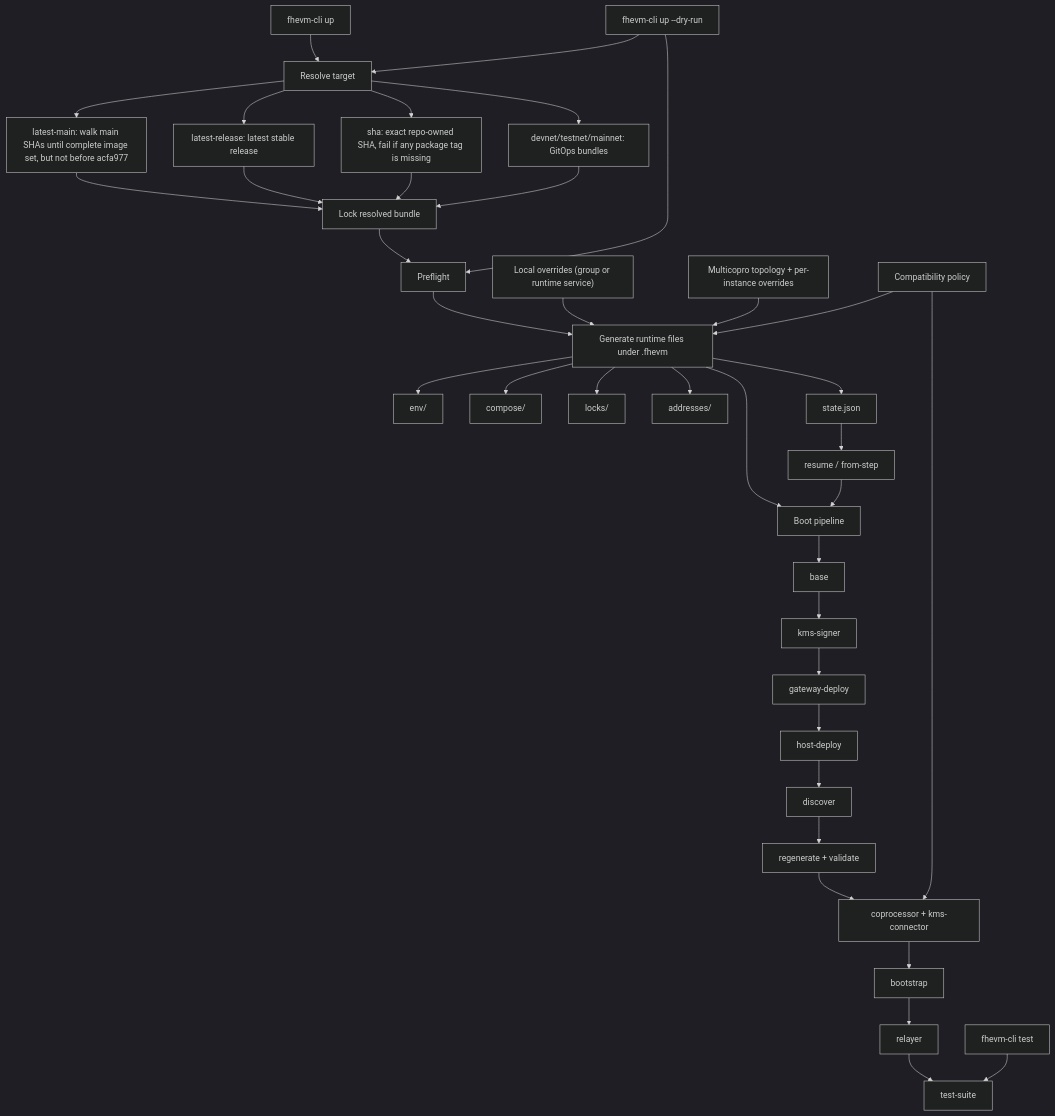
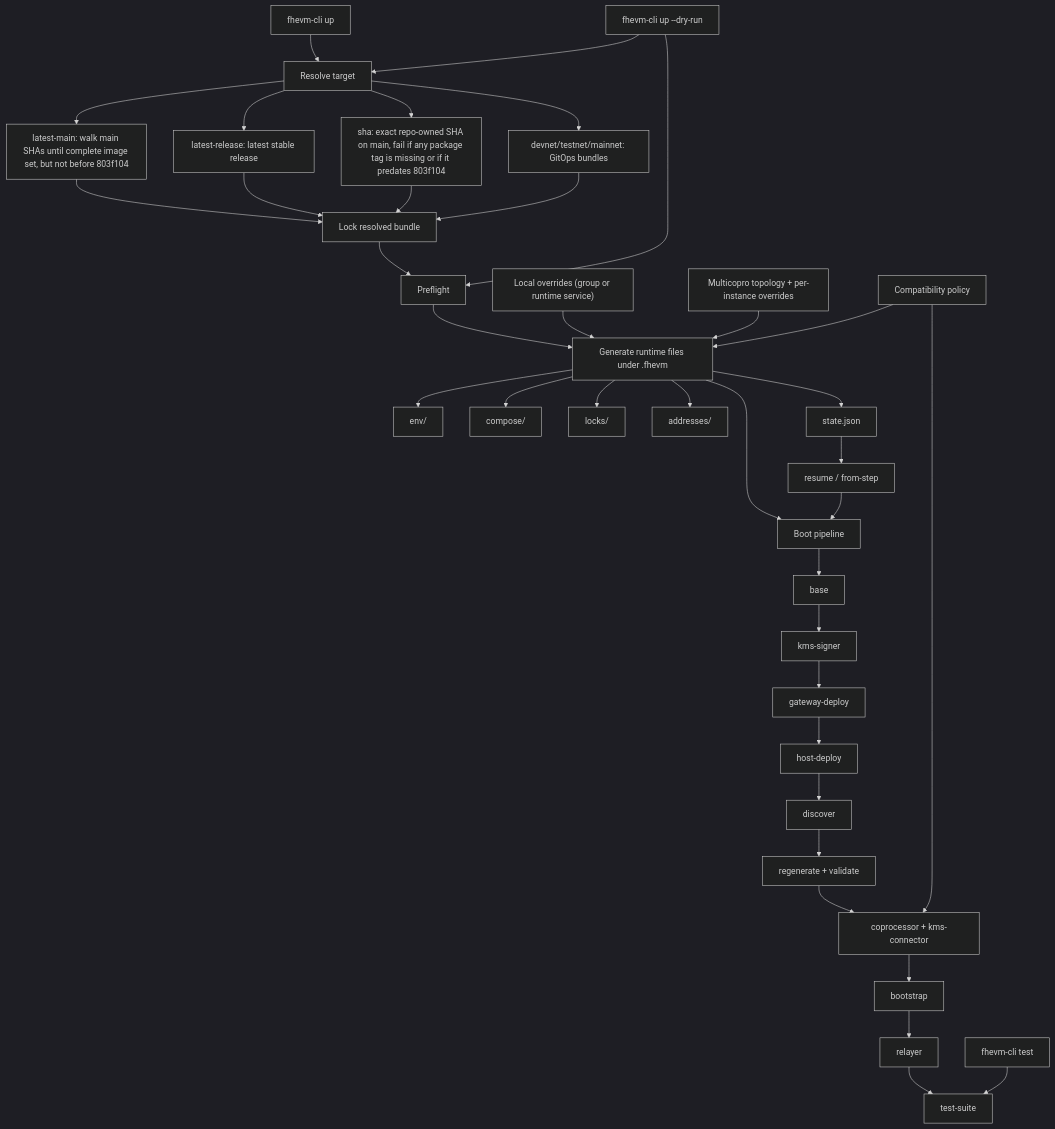
One commit to zama-ai/fhevm changed the diagram in test-suite/fhevm/ARCHITECTURE.md. Above: the diagram before and after it, drawn with Mermaid (dark theme). The commit also changed 5 other files, not shown here.

````diff
--- a/test-suite/fhevm/ARCHITECTURE.md
+++ b/test-suite/fhevm/ARCHITECTURE.md
@@ -5,44 +5,44 @@
 ```mermaid
 flowchart TD
   A["fhevm-cli up"] --> B["Resolve target"]
-  B --> B1["latest-main: walk main SHAs until complete image set, but not before acfa977"]
+  B --> B1["latest-main: walk main SHAs until complete image set, but not before 803f104"]
   B --> B2["latest-release: latest stable release"]
-  B --> B3["sha: exact repo-owned SHA, fail if any package tag is missing"]
+  B --> B3["sha: exact repo-owned SHA on main, fail if any package tag is missing or if it predates 803f104"]
   B --> B4["devnet/testnet/mainnet: GitOps bundles"]
   B1 --> C["Lock resolved bundle"]
   B2 --> C
   B3 --> C
   B4 --> C
 
   C --> D["Preflight"]
   D --> E["Generate runtime files under .fhevm"]
   E --> E1["env/"]
   E --> E2["compose/"]
   E --> E3["locks/"]
   E --> E4["addresses/"]
   E --> E5["state.json"]
 
   E --> F["Boot pipeline"]
   F --> F1["base"]
   F1 --> F2["kms-signer"]
   F2 --> F3["gateway-deploy"]
   F3 --> F4["host-deploy"]
   F4 --> F5["discover"]
   F5 --> F6["regenerate + validate"]
   F6 --> F7["coprocessor + kms-connector"]
   F7 --> F8["bootstrap"]
   F8 --> F9["relayer"]
   F9 --> F10["test-suite"]
 
   G["Local overrides (group or runtime service)"] --> E
   H["Multicopro topology + per-instance overrides"] --> E
   I["Compatibility policy"] --> E
   I --> F7
 
   E5 --> J["resume / from-step"]
   J --> F
 
   K["fhevm-cli test"] --> F10
   L["fhevm-cli up --dry-run"] --> B
   L --> D
 ```
````
